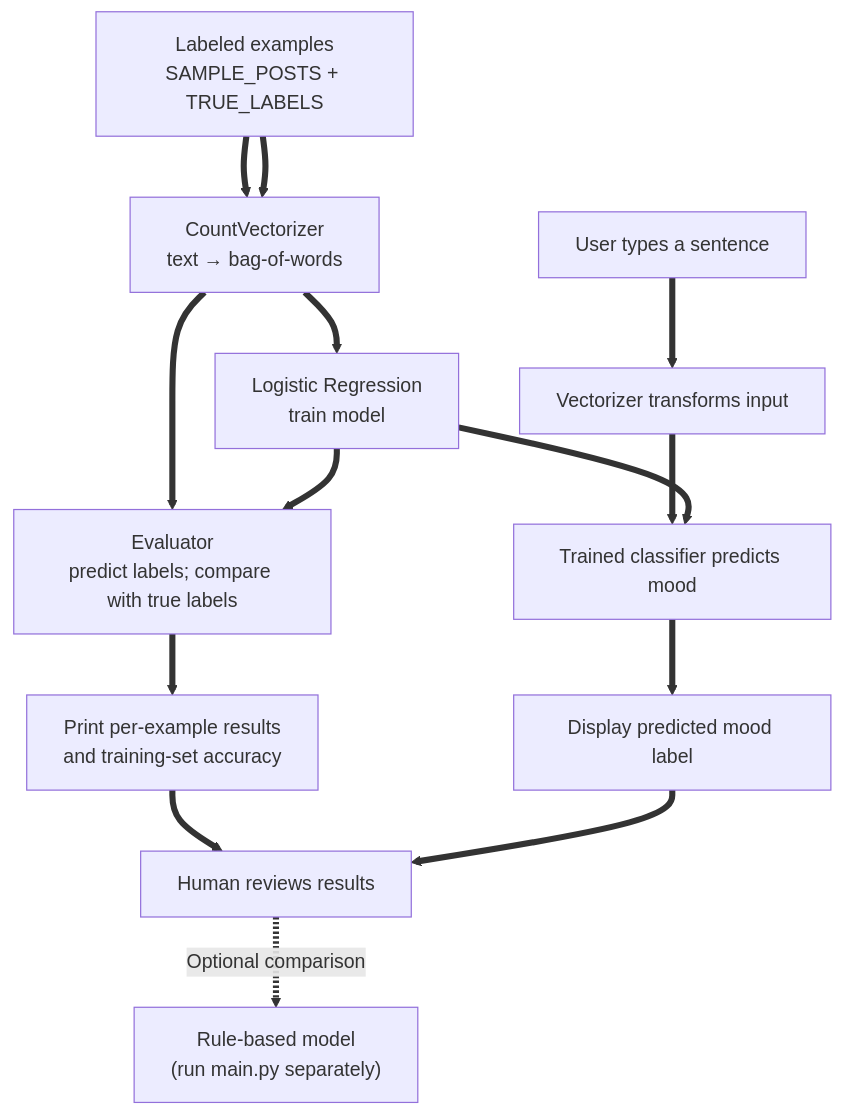
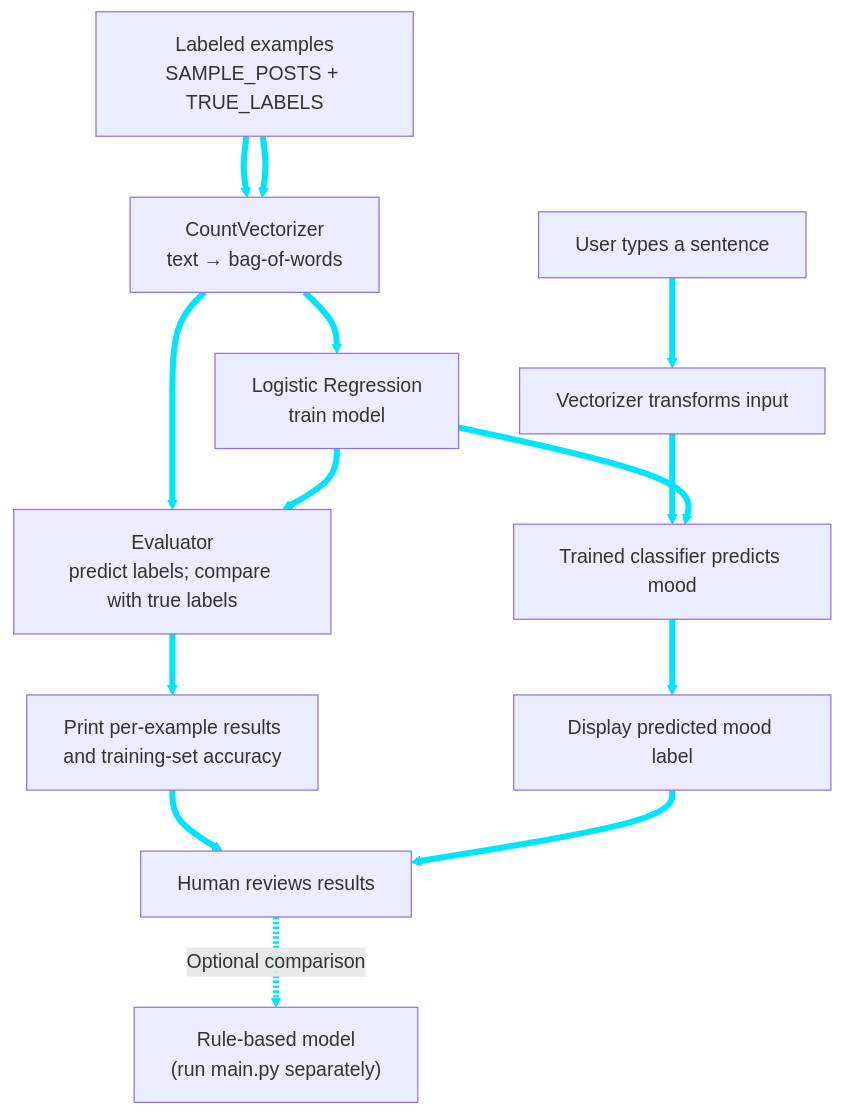
Before and after one commit to jtoalu/applied-ai-system-project: the diagram in diagrams/architecture.mmd, drawn with Mermaid.

Commit message:
make the arrow lines bigger and bright color for dark background

```diff
--- a/diagrams/architecture.mmd
+++ b/diagrams/architecture.mmd
@@ -1,18 +1,18 @@
 flowchart TD
     D["Labeled examples<br/>SAMPLE_POSTS + TRUE_LABELS"] --> V["CountVectorizer<br/>text → bag-of-words"]
     V --> LR["Logistic Regression<br/>train model"]
     D --> V
     V --> EV["Evaluator<br/>predict labels; compare with true labels"]
     LR --> EV
     EV --> MET["Print per-example results<br/>and training-set accuracy"]
     MET --> H["Human reviews results"]
 
     U["User types a sentence"] --> P["Vectorizer transforms input"]
     P --> C["Trained classifier predicts mood"]
     LR --> C
     C --> O["Display predicted mood label"]
     O --> H
 
     H -. "Optional comparison" .-> RB["Rule-based model<br/>(run main.py separately)"]
 
-    linkStyle default stroke-width:5px
+    linkStyle default stroke:#00E5FF,stroke-width:5px
```
